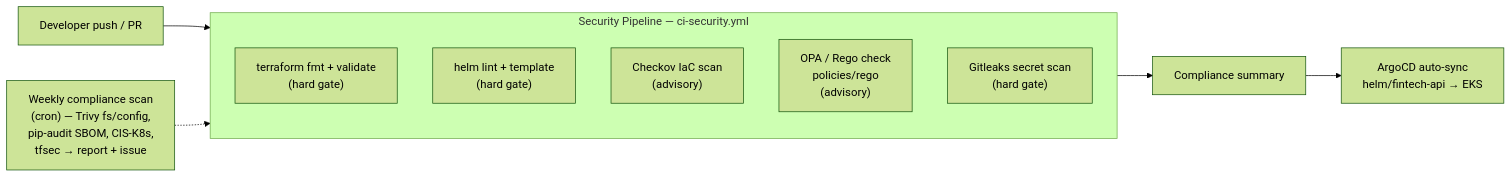
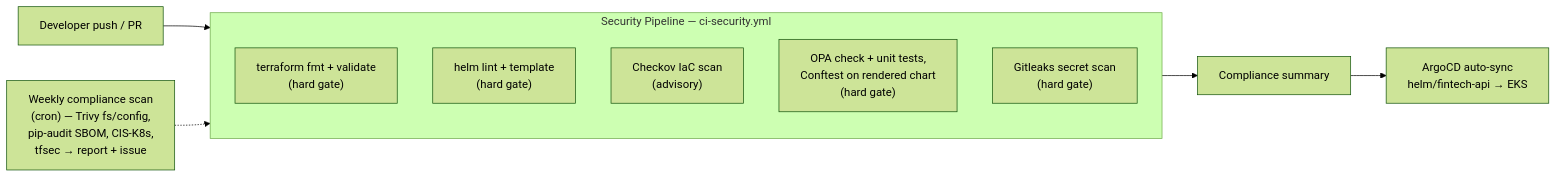
The second of 2 diagrams in README.md (shaikn6/fintech-devsecops-pipeline), drawn with Mermaid (forest theme) before and after one commit. The commit also changed other lines of this file and 21 other files, not shown here.

Commit message:
fix: test OPA policies, add chart ServiceAccount, and align README with the repo (#21)

````diff
--- a/README.md
+++ b/README.md
@@ -54,18 +54,18 @@
 ```mermaid
 flowchart LR
     DEV[Developer push / PR] --> CI
 
     subgraph CI["Security Pipeline — ci-security.yml"]
         direction TB
         TF["terraform fmt + validate<br/>(hard gate)"]
         HELM["helm lint + template<br/>(hard gate)"]
         CKV["Checkov IaC scan<br/>(advisory)"]
-        OPA["OPA / Rego check<br/>policies/rego<br/>(advisory)"]
+        OPA["OPA check + unit tests,<br/>Conftest on rendered chart<br/>(hard gate)"]
         GL["Gitleaks secret scan<br/>(hard gate)"]
     end
 
     CI --> SUM[Compliance summary]
     SUM --> ARGOCD["ArgoCD auto-sync<br/>helm/fintech-api → EKS"]
 
     WEEKLY["Weekly compliance scan<br/>(cron) — Trivy fs/config,<br/>pip-audit SBOM, CIS-K8s,<br/>tfsec → report + issue"] -.-> CI
 ```
````
